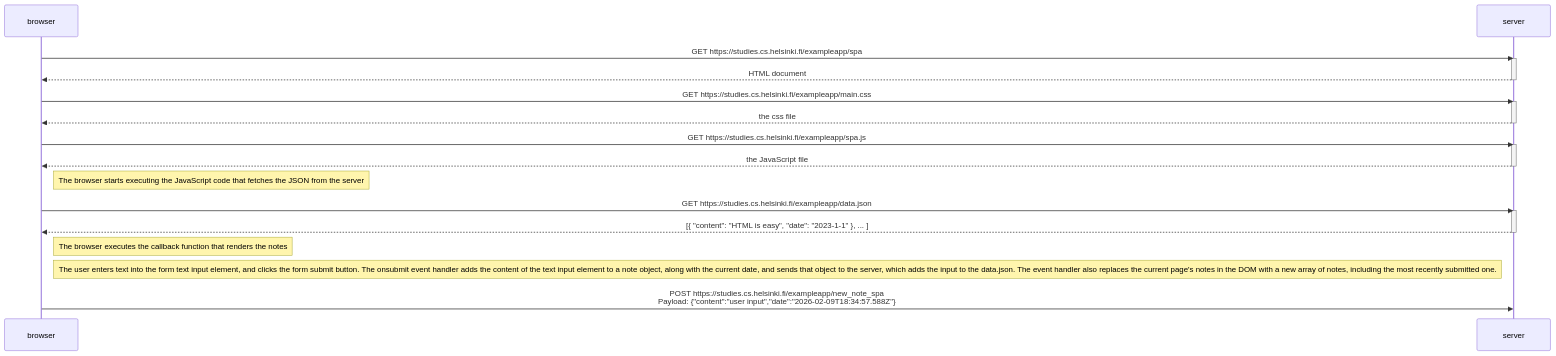
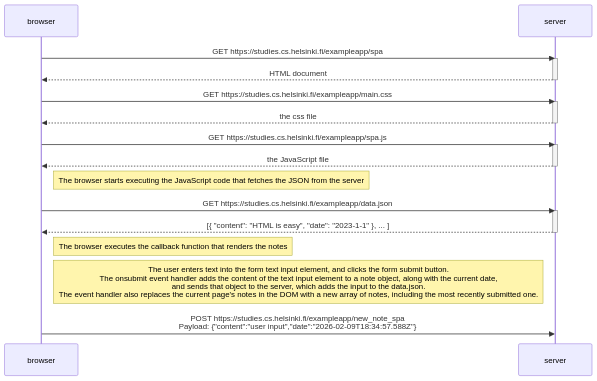
The diagram in part0/singlepageappdiagram.md (WobibrosfordApe/full-stack-open), drawn with Mermaid before and after one commit.

Commit message:
modified:   part0/singlepageappdiagram.md

````diff
--- a/part0/singlepageappdiagram.md
+++ b/part0/singlepageappdiagram.md
@@ -1,34 +1,34 @@
 ```mermaid
 sequenceDiagram
     participant browser
     participant server
 
     browser->>server: GET https://studies.cs.helsinki.fi/exampleapp/spa
     activate server
     server-->>browser: HTML document
     deactivate server
 
     browser->>server: GET https://studies.cs.helsinki.fi/exampleapp/main.css
     activate server
     server-->>browser: the css file
     deactivate server
 
     browser->>server: GET https://studies.cs.helsinki.fi/exampleapp/spa.js
     activate server
     server-->>browser: the JavaScript file
     deactivate server
 
     Note right of browser: The browser starts executing the JavaScript code that fetches the JSON from the server
 
     browser->>server: GET https://studies.cs.helsinki.fi/exampleapp/data.json
     activate server
     server-->>browser: [{ "content": "HTML is easy", "date": "2023-1-1" }, ... ]
     deactivate server
 
     Note right of browser: The browser executes the callback function that renders the notes
 
-    Note right of browser: The user enters text into the form text input element, and clicks the form submit button. The onsubmit event handler adds the content of the text input element to a note object, along with the current date, and sends that object to the server, which adds the input to the data.json. The event handler also replaces the current page's notes in the DOM with a new array of notes, including the most recently submitted one. 
+    Note right of browser: The user enters text into the form text input element, and clicks the form submit button. <br>The onsubmit event handler adds the content of the text input element to a note object, along with the current date,<br> and sends that object to the server, which adds the input to the data.json.<br>The event handler also replaces the current page's notes in the DOM with a new array of notes, including the most recently submitted one. 
 
     browser->>server: POST https://studies.cs.helsinki.fi/exampleapp/new_note_spa <br> Payload: {"content":"user input","date":"2026-02-09T18:34:57.588Z"}
     activate server
 ```
````
